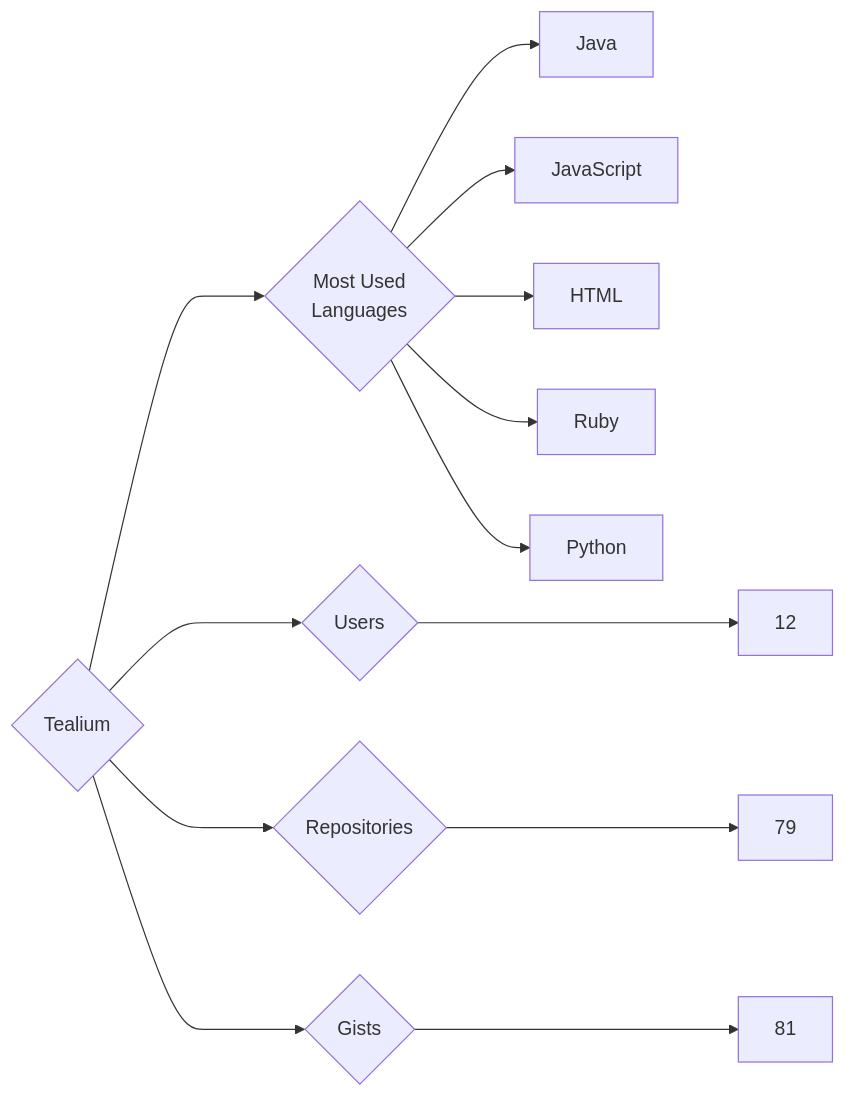
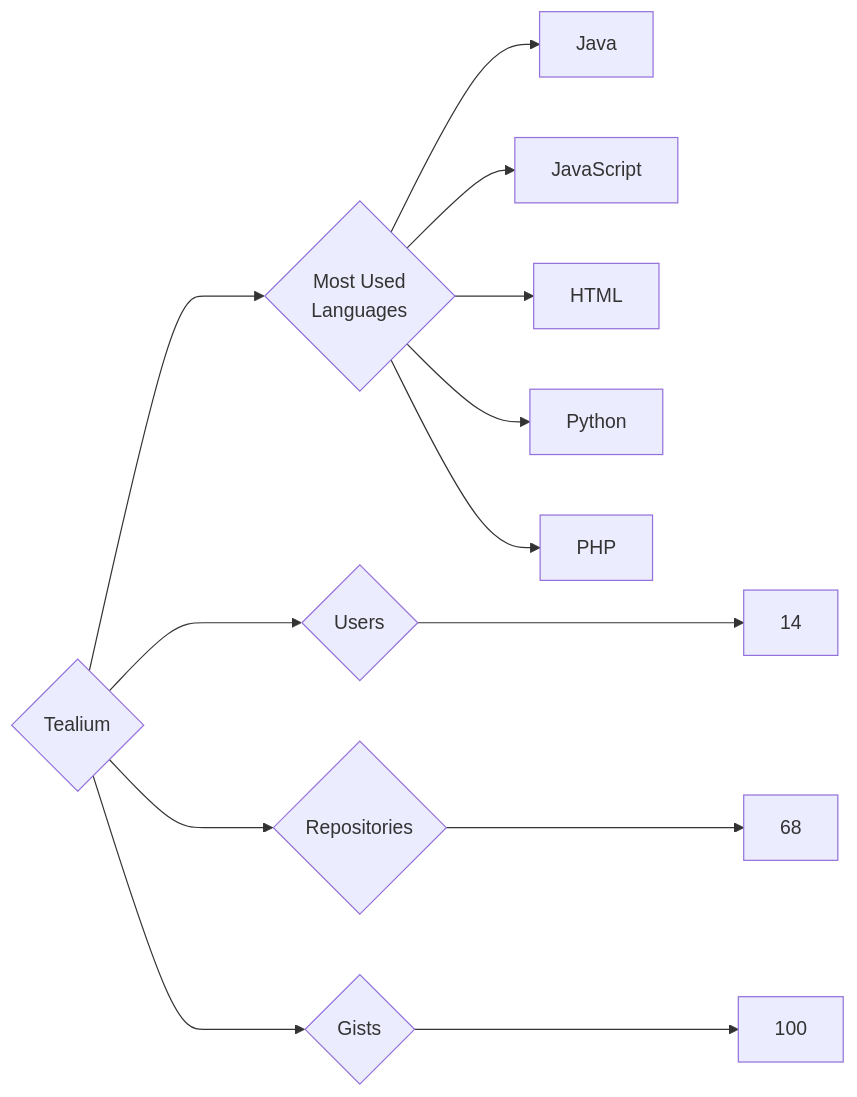
One commit to trickest/insiders changed the diagram in targets/Tealium/README.md. Above: the diagram before and after it, drawn with Mermaid. The commit also changed 814 other files, not shown here.

````diff
--- a/targets/Tealium/README.md
+++ b/targets/Tealium/README.md
@@ -3,13 +3,13 @@
 ```mermaid
 graph LR
 COMPANY_NAME{Tealium}
-COMPANY_NAME ---> U{Users} ---> UN[12]
-COMPANY_NAME ---> R{Repositories} ---> RN[79]
-COMPANY_NAME ---> G{Gists} ---> GN[81]
+COMPANY_NAME ---> U{Users} ---> UN[14]
+COMPANY_NAME ---> R{Repositories} ---> RN[68]
+COMPANY_NAME ---> G{Gists} ---> GN[100]
 COMPANY_NAME ---> ML{Most Used<br>Languages}
 ML --> Java[Java]
 ML --> JavaScript[JavaScript]
 ML --> HTML[HTML]
-ML --> Ruby[Ruby]
 ML --> Python[Python]
+ML --> PHP[PHP]
 ```
````
